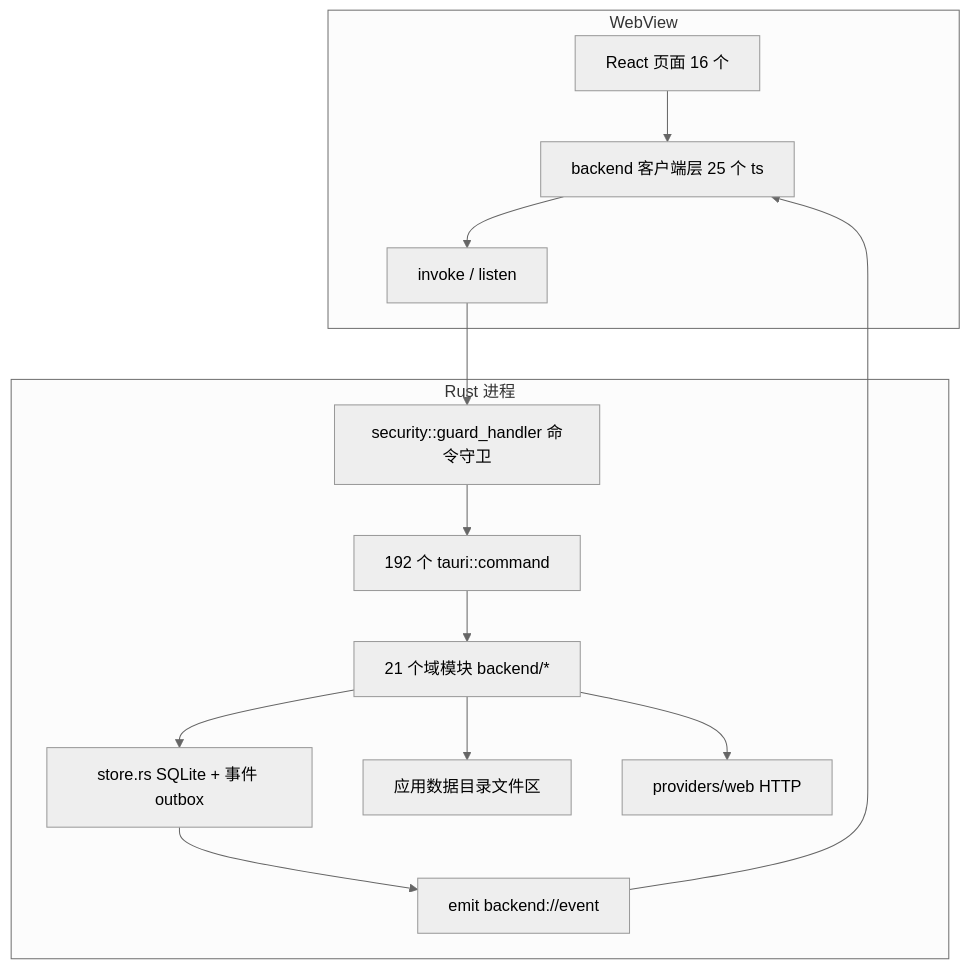
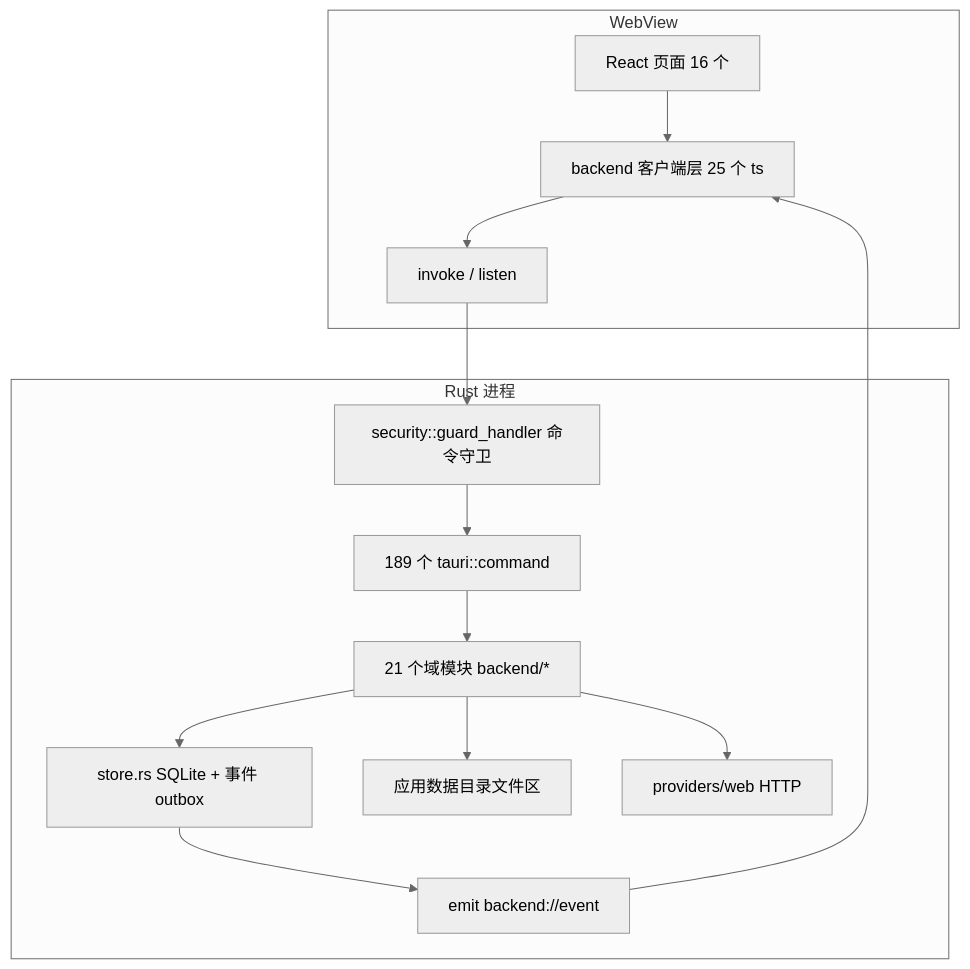
Before and after one commit to hershate/Deep-tutor: the first of 5 diagrams in docs/architecture/01-architecture.md, drawn with Mermaid (neutral theme). The commit also changed other lines of this file and 9 other files, not shown here.

````diff
--- a/docs/architecture/01-architecture.md
+++ b/docs/architecture/01-architecture.md
@@ -9,17 +9,17 @@
 ```mermaid
 graph TD
     subgraph WebView
         P[React 页面 16 个] --> CL[backend 客户端层 25 个 ts]
         CL --> IP[invoke / listen]
     end
     subgraph Rust 进程
         IP --> GH[security::guard_handler 命令守卫]
-        GH --> CMD[192 个 tauri::command]
+        GH --> CMD[189 个 tauri::command]
         CMD --> DOM[21 个域模块 backend/*]
         DOM --> ST[store.rs SQLite + 事件 outbox]
         DOM --> FS[应用数据目录文件区]
         DOM --> NET[providers/web HTTP]
         ST --> EMIT[emit backend://event]
     end
     EMIT --> CL
 ```
````
